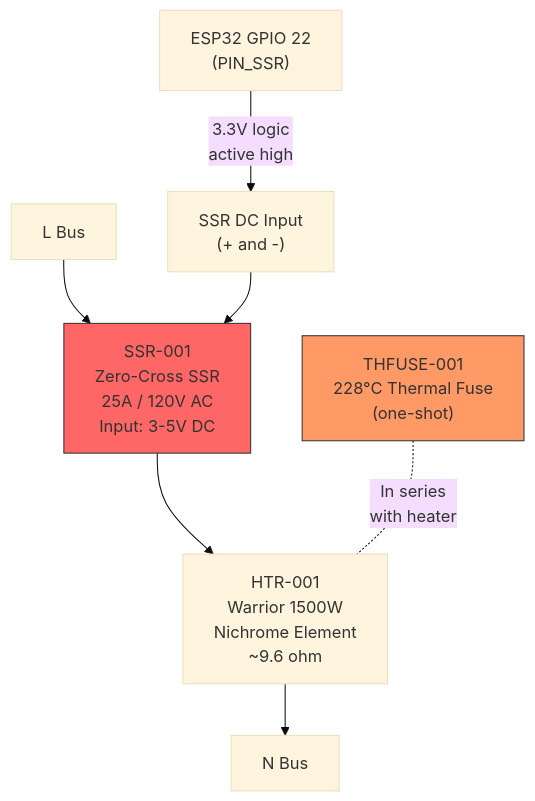
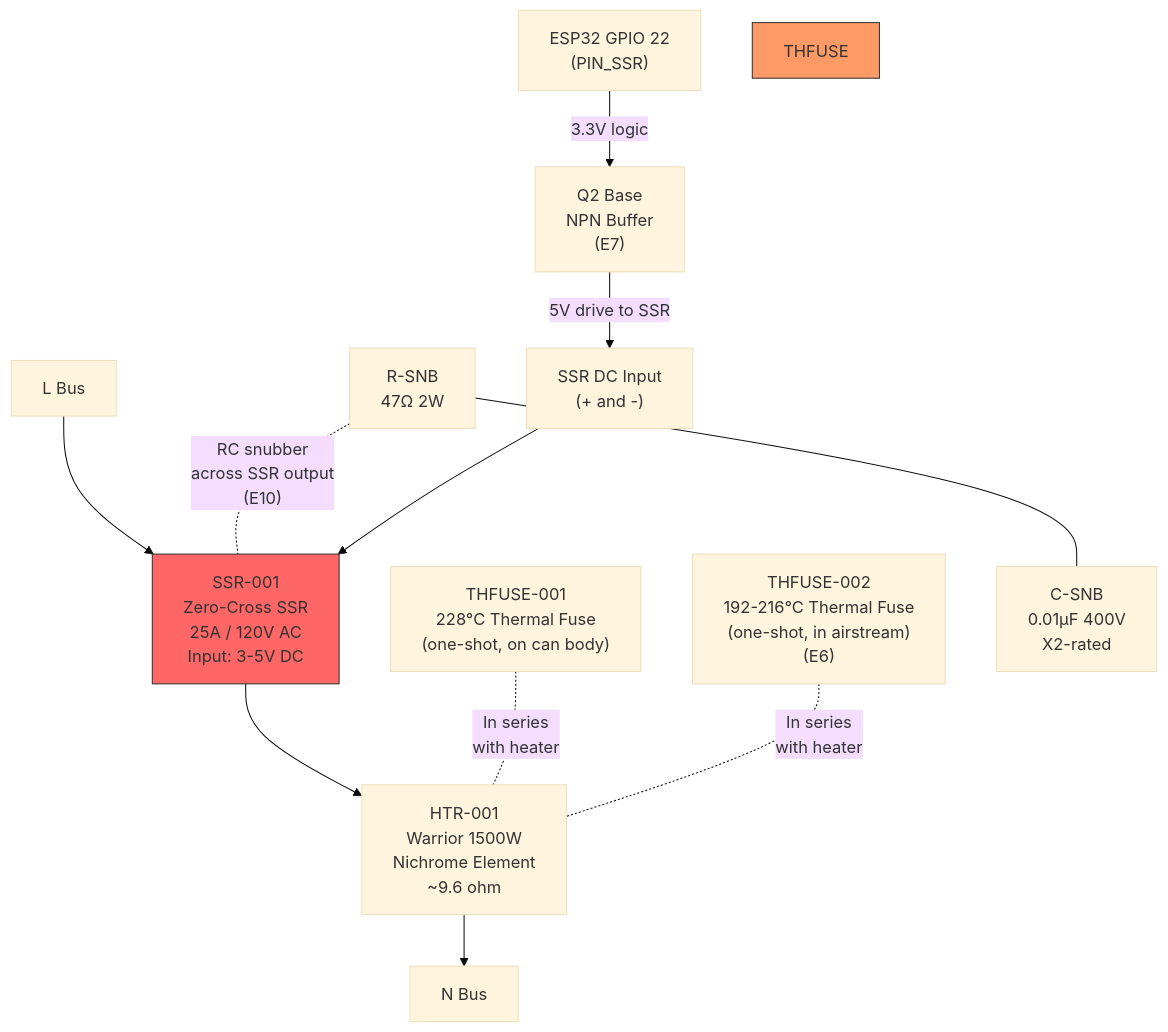
Before and after one commit to tom-jordan23/roaster: the second of 5 diagrams in docs/electrical/schematics/power-schematic.md, drawn with Mermaid (base theme). The commit also changed other lines of this file and 18 other files, not shown here.

````diff
--- a/docs/electrical/schematics/power-schematic.md
+++ b/docs/electrical/schematics/power-schematic.md
@@ -27,14 +27,19 @@
 ```mermaid
 graph TD
     L_BUS["L Bus"] --> SSR_L["SSR-001\nZero-Cross SSR\n25A / 120V AC\nInput: 3-5V DC"]
     SSR_L --> HTR_L["HTR-001\nWarrior 1500W\nNichrome Element\n~9.6 ohm"]
     HTR_L --> N_BUS["N Bus"]
 
-    THFUSE["THFUSE-001\n228°C Thermal Fuse\n(one-shot)"] -.-|"In series\nwith heater"| HTR_L
+    THFUSE1["THFUSE-001\n228°C Thermal Fuse\n(one-shot, on can body)"] -.-|"In series\nwith heater"| HTR_L
+    THFUSE2["THFUSE-002\n192-216°C Thermal Fuse\n(one-shot, in airstream)\n(E6)"] -.-|"In series\nwith heater"| HTR_L
 
-    ESP_SSR["ESP32 GPIO 22\n(PIN_SSR)"] -->|"3.3V logic\nactive high"| SSR_CTRL["SSR DC Input\n(+ and -)"]
+    SNUB_R["R-SNB\n47Ω 2W"] --- SNUB_C["C-SNB\n0.01µF 400V\nX2-rated"]
+    SNUB_R -.-|"RC snubber\nacross SSR output\n(E10)"| SSR_L
+
+    ESP_SSR["ESP32 GPIO 22\n(PIN_SSR)"] -->|"3.3V logic"| Q2_BASE["Q2 Base\nNPN Buffer\n(E7)"]
+    Q2_BASE -->|"5V drive to SSR"| SSR_CTRL["SSR DC Input\n(+ and -)"]
     SSR_CTRL --> SSR_L
 
     style SSR_L fill:#f66,stroke:#333
     style THFUSE fill:#f96,stroke:#333
 ```
````
